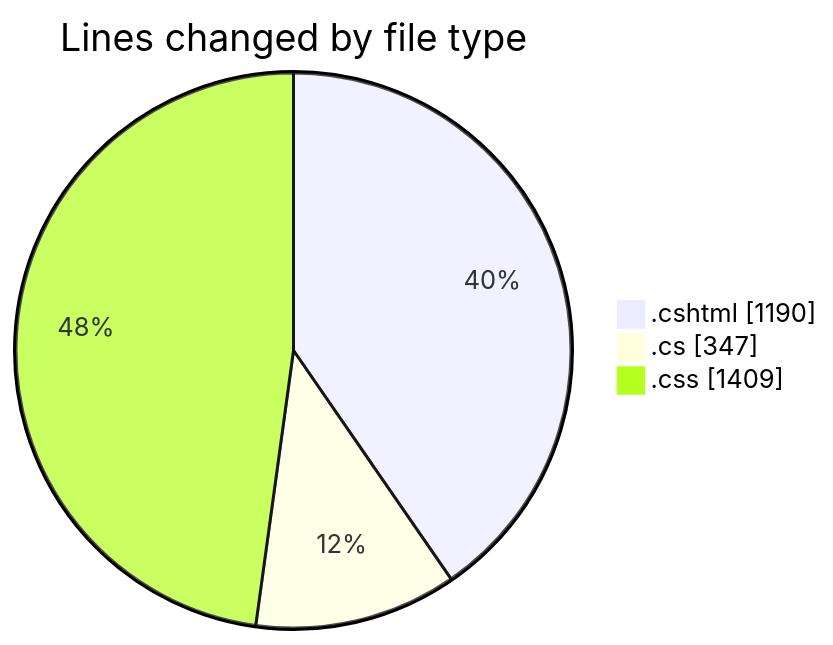
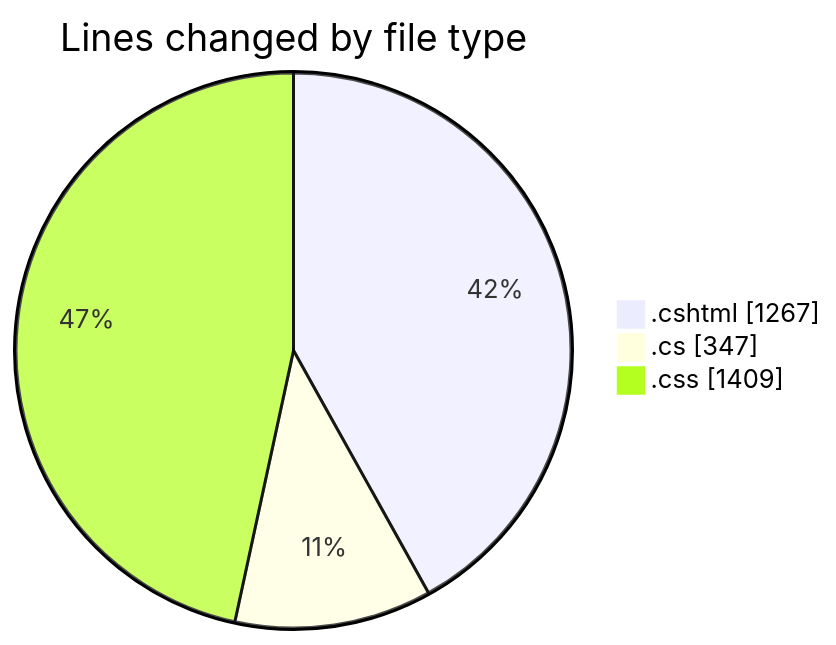
One commit to lephambinh05/code-tracking changed the first of 2 diagrams in 2025-07-18/nhahang/README.md. Above: the diagram before and after it, drawn with Mermaid. The commit also changed other lines of this file and 1 other file, not shown here.

````diff
--- a/2025-07-18/nhahang/README.md
+++ b/2025-07-18/nhahang/README.md
@@ -40,7 +41,7 @@
 ```mermaid
 pie showData
 title Lines changed by file type
-".cshtml" : 1190
+".cshtml" : 1267
 ".cs" : 347
 ".css" : 1409
 ```
````
